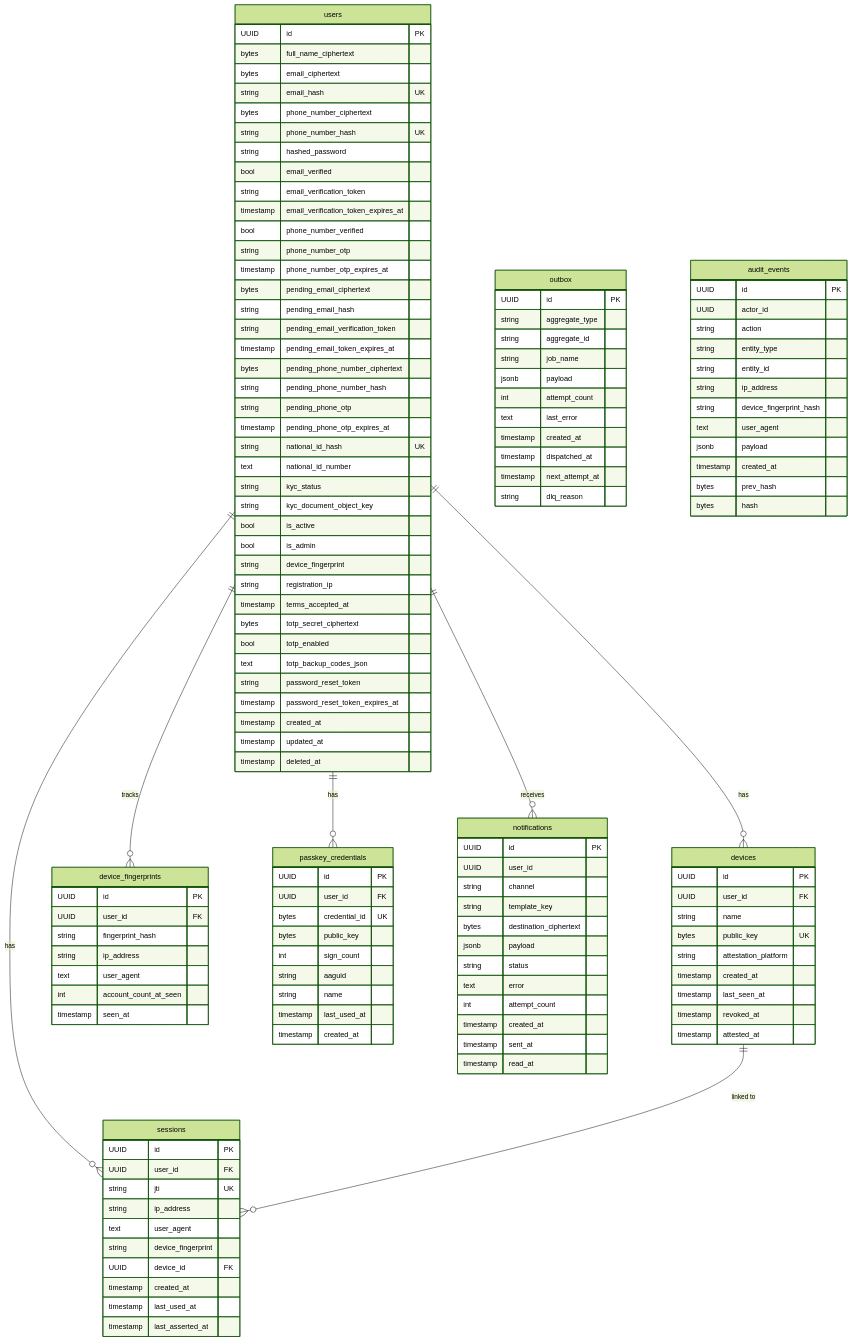
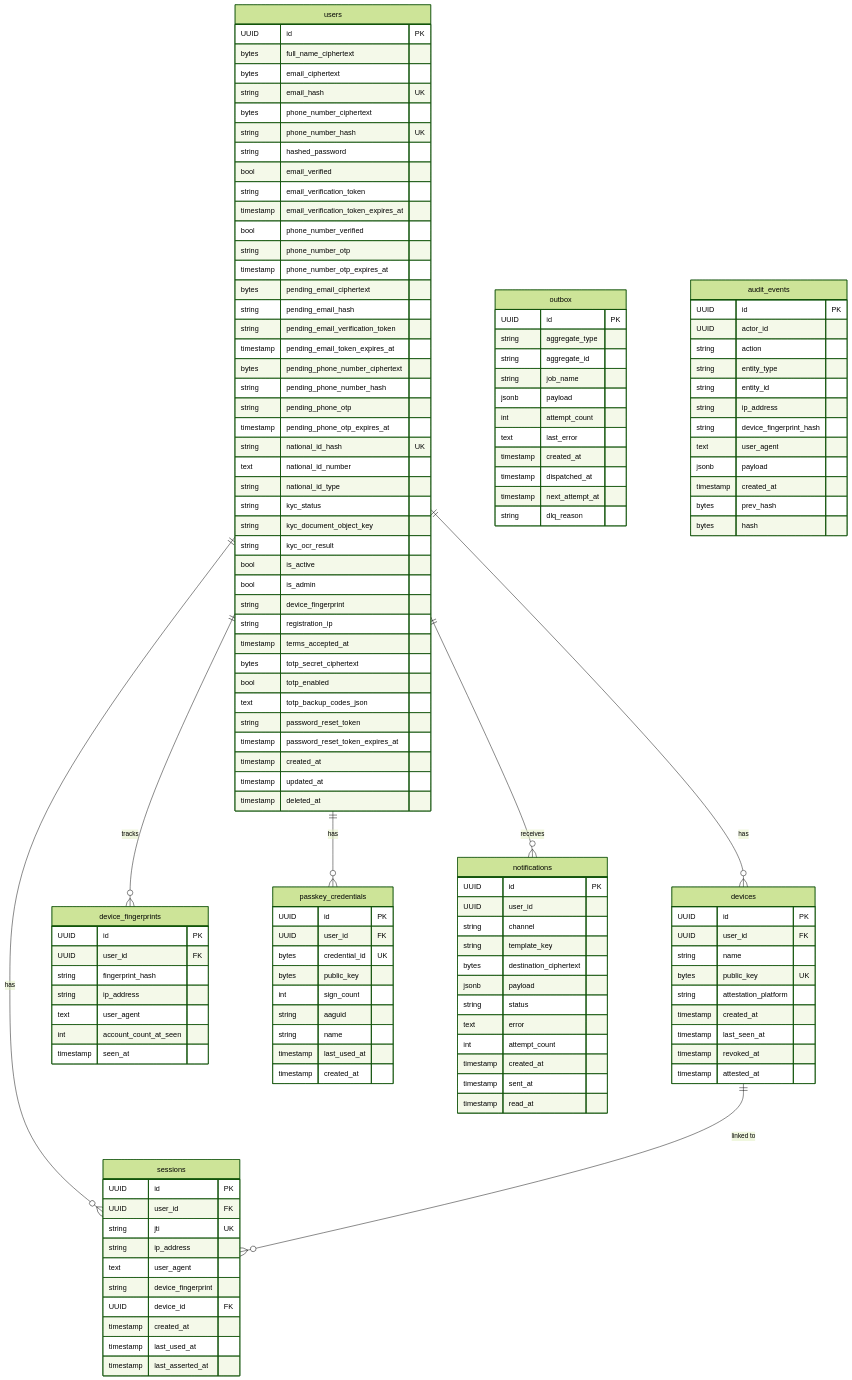
One commit to cristiangilsanz/qrew changed the diagram in docs/architecture/apps/api/services/identity/schema.md. Above: the diagram before and after it, drawn with Mermaid (forest theme). The commit also changed 399 other files, not shown here.

```diff
--- a/docs/architecture/apps/api/services/identity/schema.md
+++ b/docs/architecture/apps/api/services/identity/schema.md
@@ -26,8 +26,10 @@
         timestamp pending_phone_otp_expires_at
         string national_id_hash UK
         text national_id_number
+        string national_id_type
         string kyc_status
         string kyc_document_object_key
+        string kyc_ocr_result
         bool is_active
         bool is_admin
         string device_fingerprint
```
